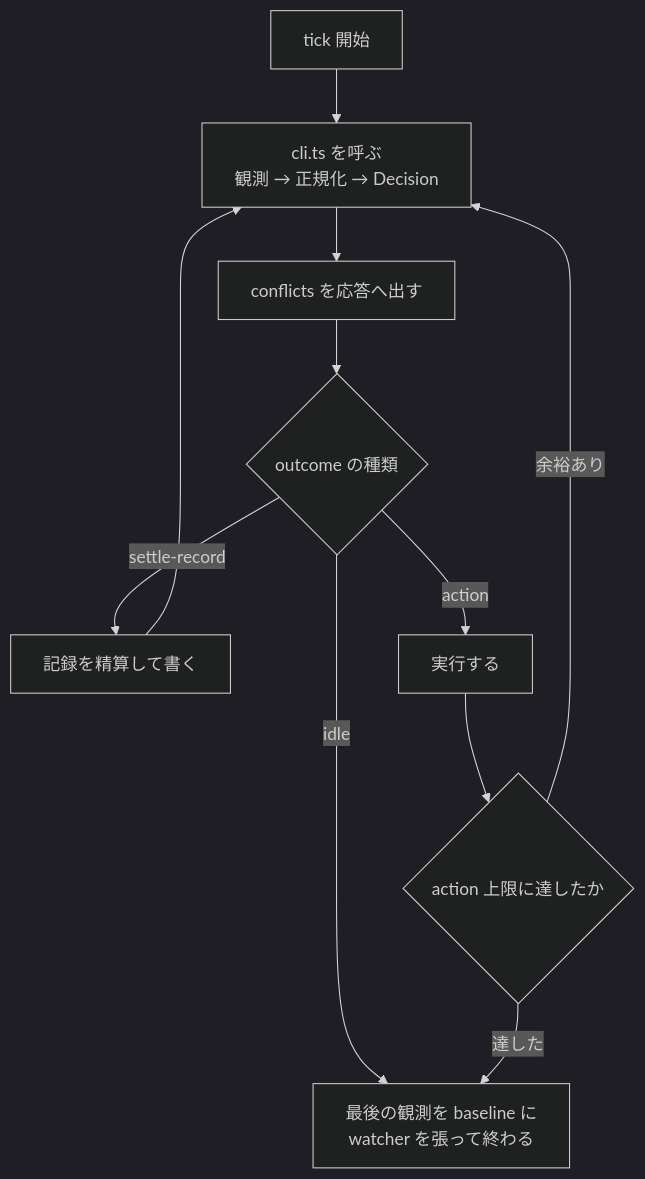
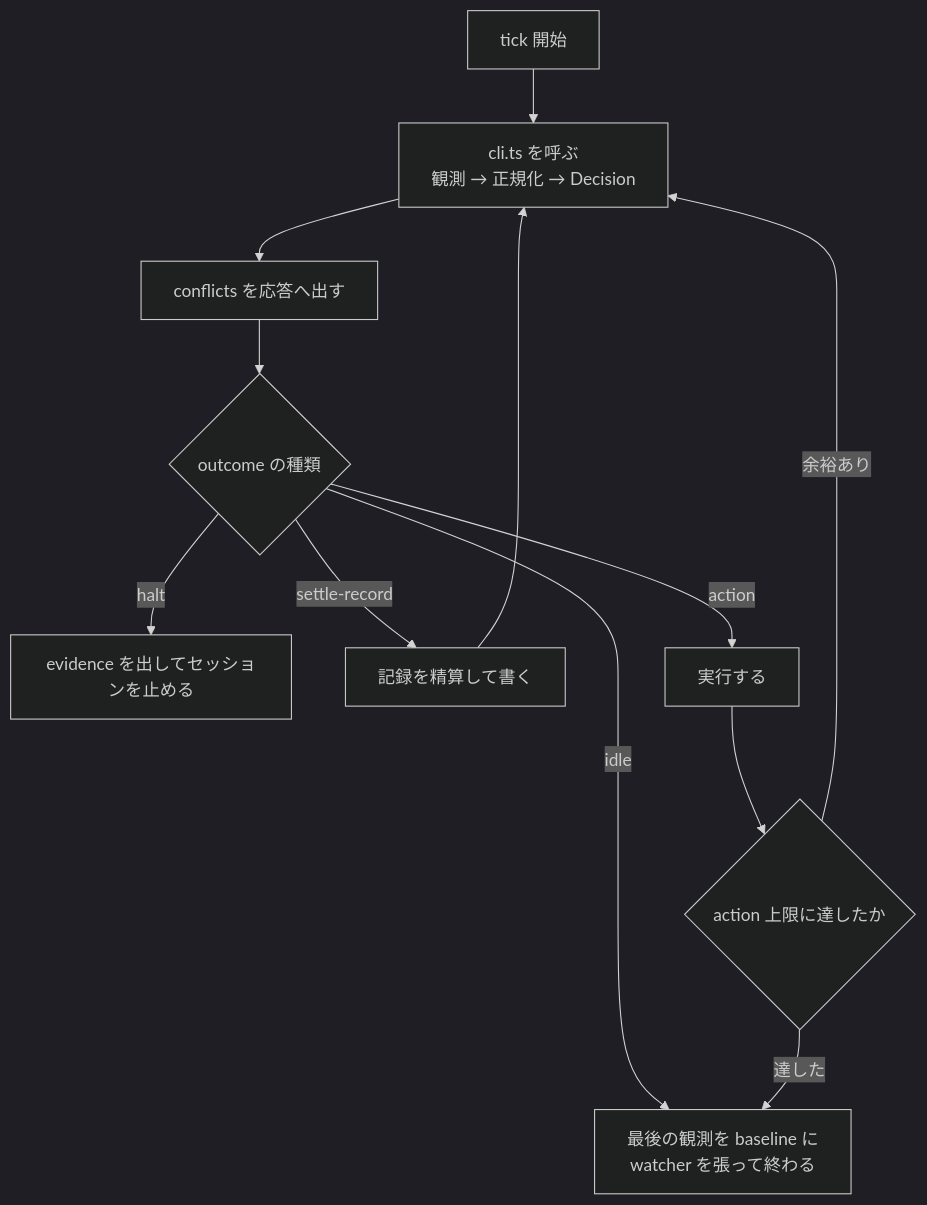
One commit to usagizmo/agentfiles changed the diagram in agents/skills/conductor/SKILL.md. Above: the diagram before and after it, drawn with Mermaid (dark theme). The commit also changed other lines of this file and 13 other files, not shown here.

````diff
--- a/agents/skills/conductor/SKILL.md
+++ b/agents/skills/conductor/SKILL.md
@@ -139,13 +139,14 @@
 ```mermaid
 flowchart TD
     S[tick 開始] --> D[cli.ts を呼ぶ<br/>観測 → 正規化 → Decision]
     D --> C[conflicts を応答へ出す]
     C --> K{outcome の種類}
+    K -->|halt| STOP[evidence を出してセッションを止める]
     K -->|settle-record| W[記録を精算して書く]
     W --> D
     K -->|idle| END[最後の観測を baseline に<br/>watcher を張って終わる]
     K -->|action| DO[実行する]
     DO --> A{action 上限に達したか}
     A -->|達した| END
     A -->|余裕あり| D
 ```
````
